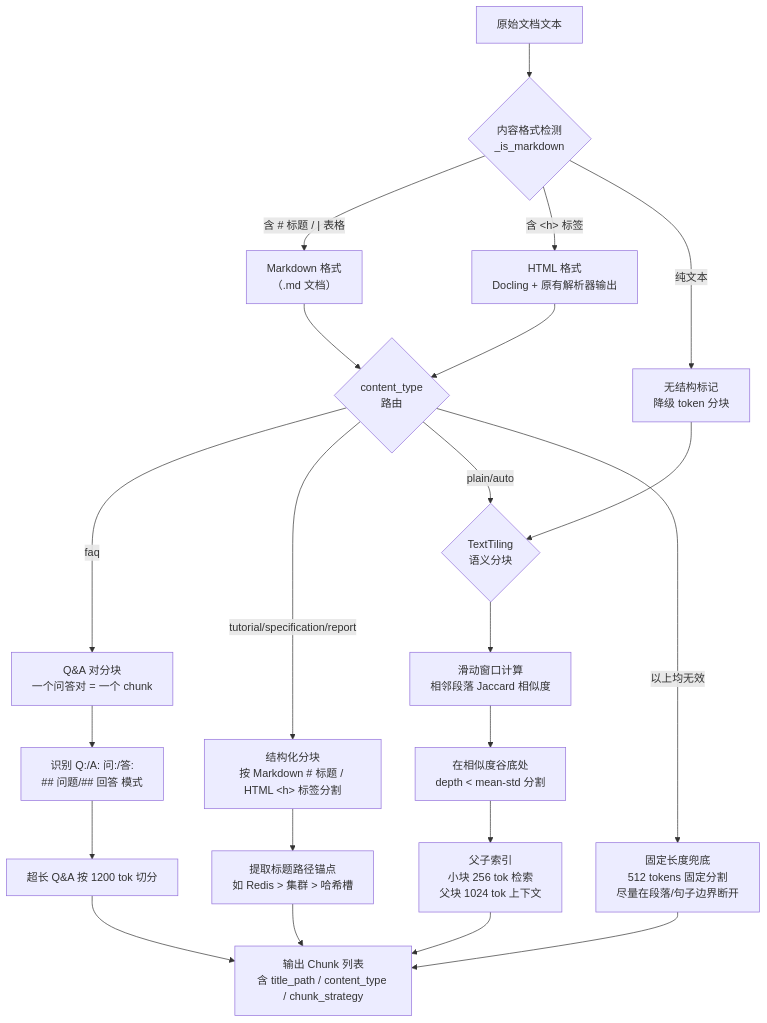
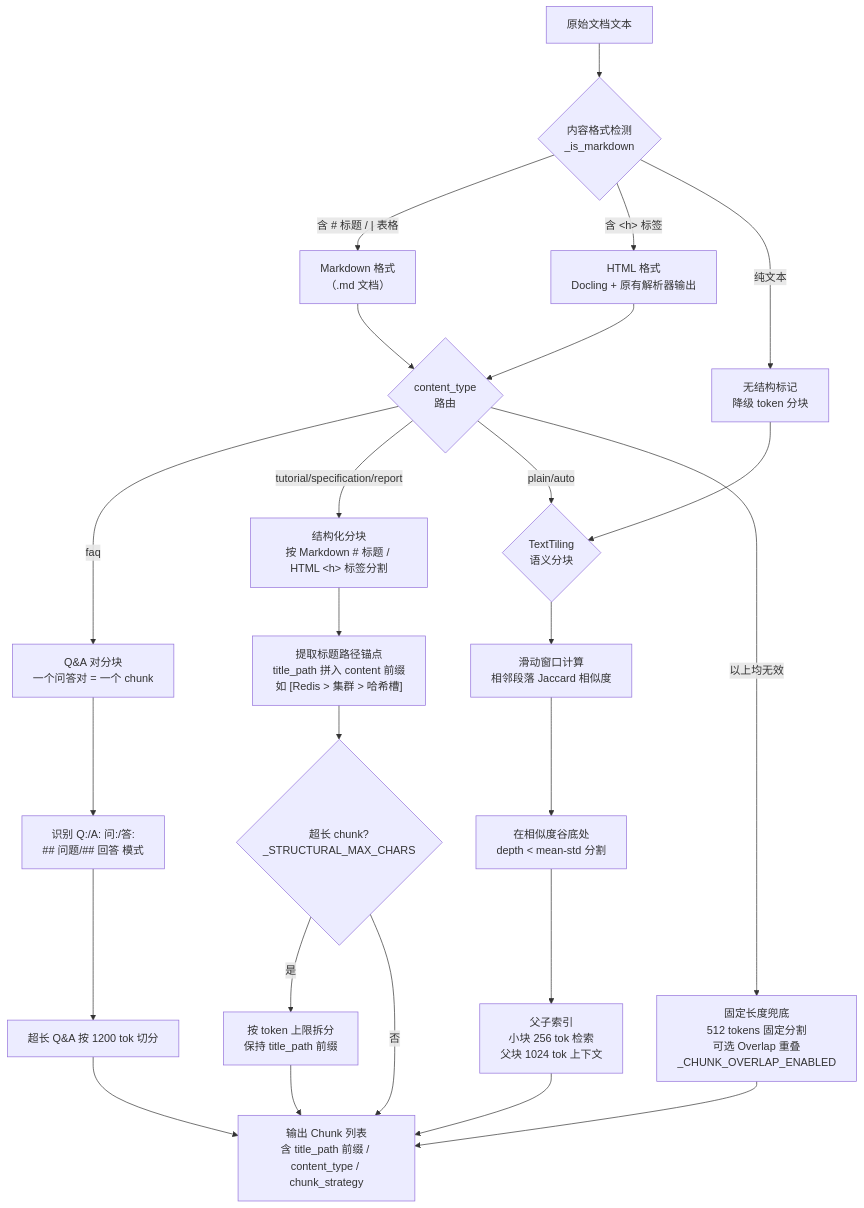
Before and after one commit to jamesfeng2009/KnowledgeBase: the fifth of 26 diagrams in README.md, drawn with Mermaid. The commit also changed other lines of this file, not shown here.

````diff
--- a/README.md
+++ b/README.md
@@ -423,34 +423,37 @@
 ```mermaid
 flowchart TD
     INPUT[原始文档文本] --> DETECT{内容格式检测<br/>_is_markdown}
     DETECT -->|"含 # 标题 / | 表格"| MD["Markdown 格式<br/>（.md 文档）"]
     DETECT -->|"含 &lt;h&gt; 标签"| HTML["HTML 格式<br/>Docling + 原有解析器输出"]
     DETECT -->|纯文本| PLAIN["无结构标记<br/>降级 token 分块"]
 
     MD --> ROUTE{content_type<br/>路由}
     HTML --> ROUTE
     PLAIN --> SEMANTIC_CHECK
 
     ROUTE -->|faq| QA["Q&amp;A 对分块<br/>一个问答对 = 一个 chunk"]
     ROUTE -->|tutorial/specification/report| STRUCT
     ROUTE -->|plain/auto| SEMANTIC_CHECK
 
     QA --> QA_SPLIT["识别 Q:/A: 问:/答:<br/>## 问题/## 回答 模式"]
     QA_SPLIT --> QA_CHUNK["超长 Q&amp;A 按 1200 tok 切分"]
     QA_CHUNK --> OUTPUT
 
     STRUCT["结构化分块<br/>按 Markdown # 标题 / HTML &lt;h&gt; 标签分割"]
-    STRUCT --> TITLE_PATH["提取标题路径锚点<br/>如 Redis &gt; 集群 &gt; 哈希槽"]
-    TITLE_PATH --> OUTPUT
+    STRUCT --> TITLE_PATH["提取标题路径锚点<br/>title_path 拼入 content 前缀<br/>如 [Redis > 集群 > 哈希槽]"]
+    TITLE_PATH --> LONG_CHECK{超长 chunk?<br/>_STRUCTURAL_MAX_CHARS}
+    LONG_CHECK -->|是| SUB_SPLIT["按 token 上限拆分<br/>保持 title_path 前缀"]
+    LONG_CHECK -->|否| OUTPUT
+    SUB_SPLIT --> OUTPUT
 
     SEMANTIC_CHECK{TextTiling<br/>语义分块}
     SEMANTIC_CHECK --> TEXTTILING["滑动窗口计算<br/>相邻段落 Jaccard 相似度"]
     TEXTTILING --> VALLEY["在相似度谷底处<br/>depth &lt; mean-std 分割"]
     VALLEY --> PARENT_CHILD["父子索引<br/>小块 256 tok 检索<br/>父块 1024 tok 上下文"]
     PARENT_CHILD --> OUTPUT
 
-    ROUTE -->|以上均无效| FALLBACK["固定长度兜底<br/>512 tokens 固定分割<br/>尽量在段落/句子边界断开"]
+    ROUTE -->|以上均无效| FALLBACK["固定长度兜底<br/>512 tokens 固定分割<br/>可选 Overlap 重叠<br/>_CHUNK_OVERLAP_ENABLED"]
     FALLBACK --> OUTPUT
 
-    OUTPUT["输出 Chunk 列表<br/>含 title_path / content_type / chunk_strategy"]
+    OUTPUT["输出 Chunk 列表<br/>含 title_path 前缀 / content_type / chunk_strategy"]
 ```
````
